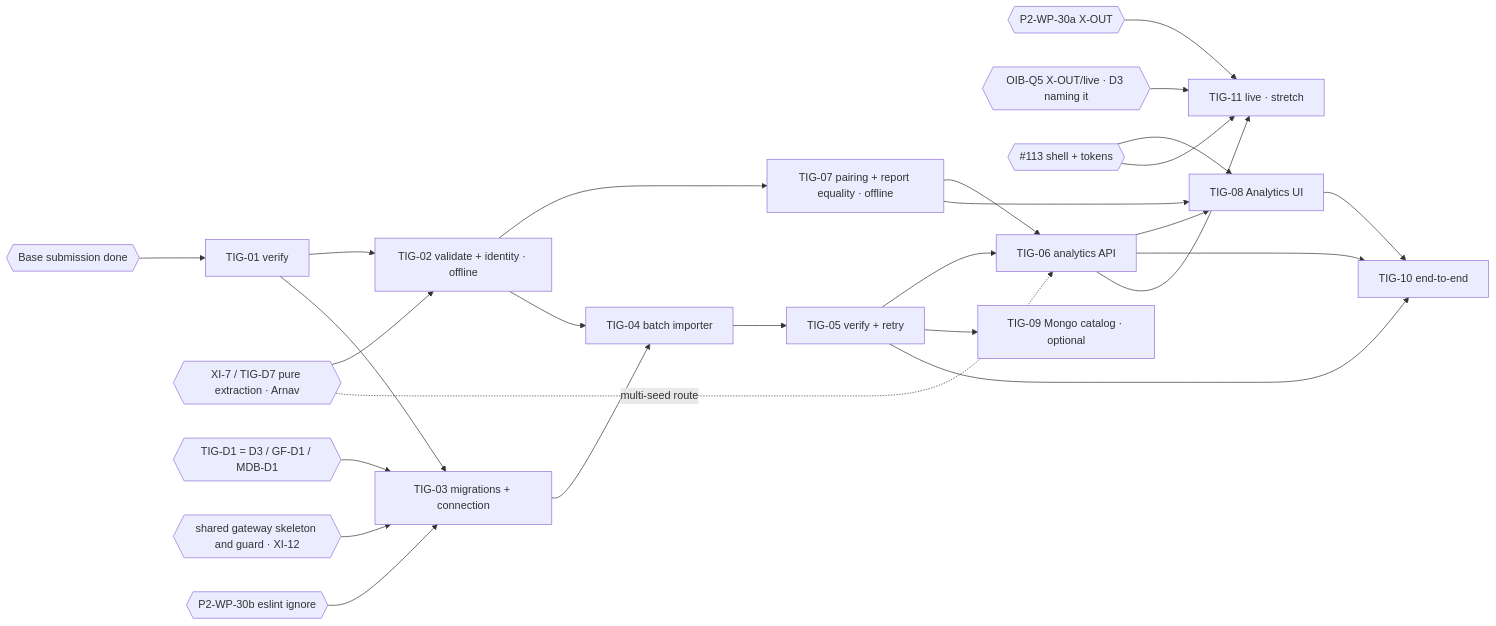
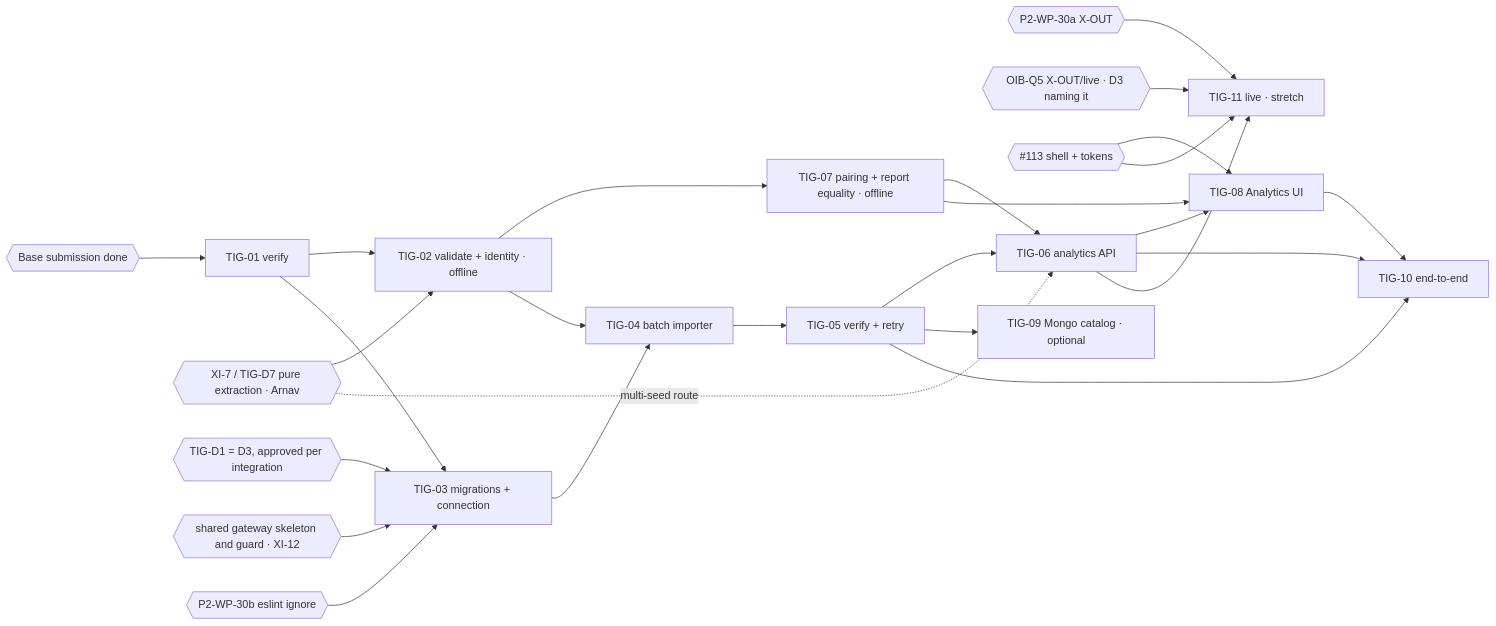
One commit to durhacko/Pihh changed the diagram in docs/planning/tiger-data-integration-work-packages.md. Above: the diagram before and after it, drawn with Mermaid. The commit also changed other lines of this file and 4 other files, not shown here.

````diff
--- a/docs/planning/tiger-data-integration-work-packages.md
+++ b/docs/planning/tiger-data-integration-work-packages.md
@@ -694,34 +697,34 @@
 ```mermaid
 flowchart LR
   SUB{{Base submission done}} --> T01[TIG-01 verify]
   CJ{{XI-7 / TIG-D7 pure extraction · Arnav}}
-  D1{{TIG-D1 = D3 / GF-D1 / MDB-D1}}
+  D1{{TIG-D1 = D3, approved per integration}}
   GW{{shared gateway skeleton and guard · XI-12}}
   P30{{P2-WP-30b eslint ignore}}
   P30A{{P2-WP-30a X-OUT}}
   OQ5{{OIB-Q5 X-OUT/live · D3 naming it}}
   B113{{#113 shell + tokens}}
   T01 --> T02[TIG-02 validate + identity · offline]
   CJ --> T02
   T02 --> T07[TIG-07 pairing + report equality · offline]
   T01 --> T03[TIG-03 migrations + connection]
   D1 --> T03
   GW --> T03
   P30 --> T03
   T02 --> T04[TIG-04 batch importer]
   T03 --> T04 --> T05[TIG-05 verify + retry]
   T05 --> T06[TIG-06 analytics API]
   T07 --> T06
   CJ -. multi-seed route .-> T06
   T06 --> T08[TIG-08 Analytics UI]
   T07 --> T08
   B113 --> T08
   T05 --> T09[TIG-09 Mongo catalog · optional]
   T05 --> T10[TIG-10 end-to-end]
   T06 --> T10
   T08 --> T10
   T06 --> T11[TIG-11 live · stretch]
   P30A --> T11
   OQ5 --> T11
   B113 --> T11
 ```
````
